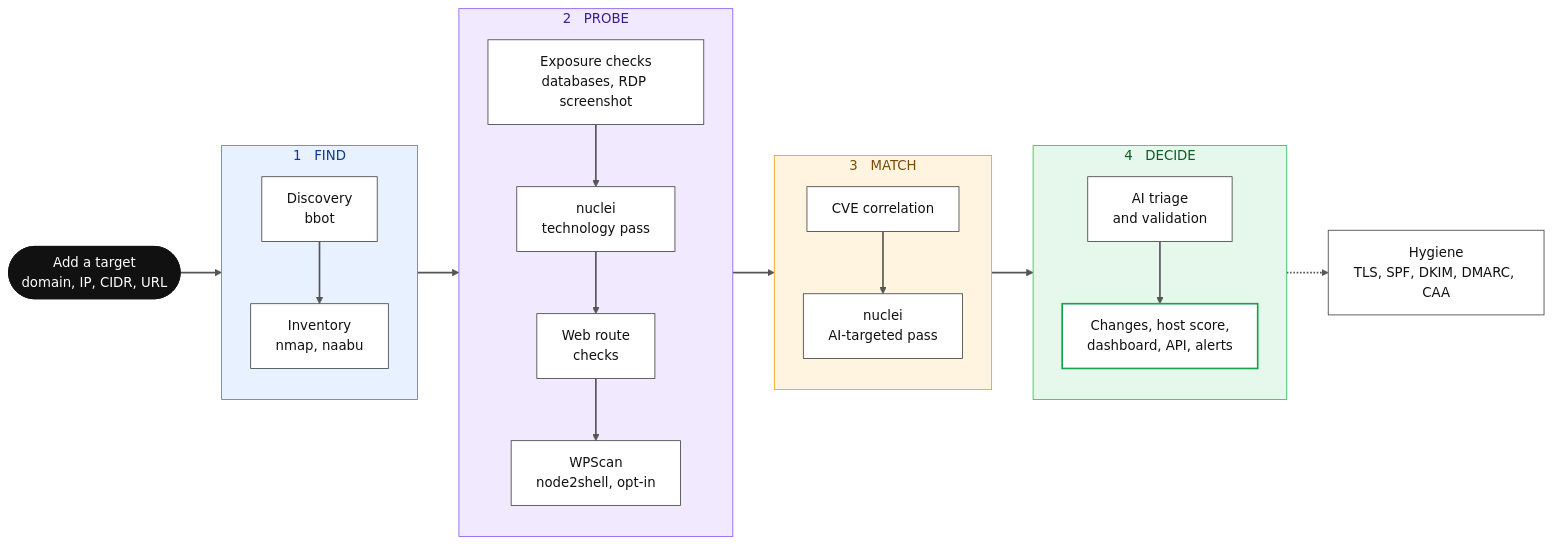
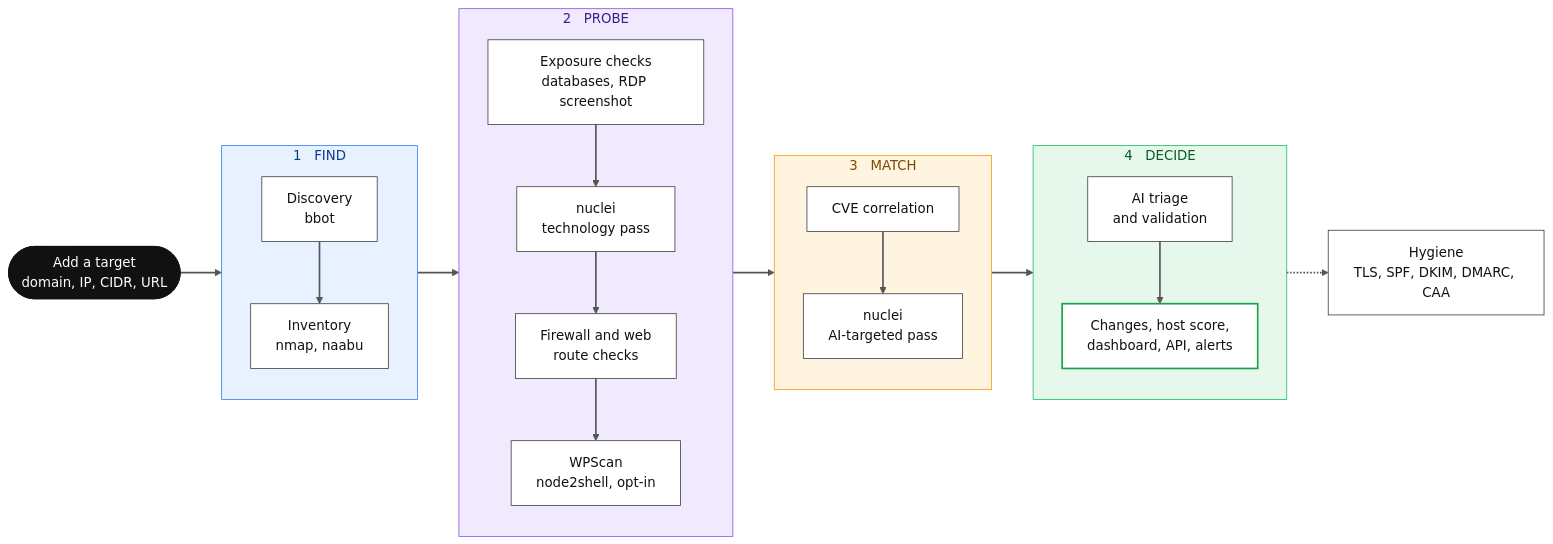
One commit to hevnsnt/CVEngine changed the first of 2 diagrams in README.md. Above: the diagram before and after it, drawn with Mermaid. The commit also changed other lines of this file and 15 other files, not shown here.

````diff
--- a/README.md
+++ b/README.md
@@ -67,43 +80,43 @@
 ```mermaid
 flowchart LR
     T(["Add a target<br/>domain, IP, CIDR, URL"])
 
     subgraph FIND["1 &nbsp; FIND"]
         direction TB
         D["Discovery<br/>bbot"] --> I["Inventory<br/>nmap, naabu"]
     end
 
     subgraph PROBE["2 &nbsp; PROBE"]
         direction TB
-        X["Exposure checks<br/>databases, RDP screenshot"] --> N1["nuclei<br/>technology pass"] --> R["Web route<br/>checks"] --> W["WPScan<br/>node2shell, opt-in"]
+        X["Exposure checks<br/>databases, RDP screenshot"] --> N1["nuclei<br/>technology pass"] --> R["Firewall and web<br/>route checks"] --> W["WPScan<br/>node2shell, opt-in"]
     end
 
     subgraph MATCH["3 &nbsp; MATCH"]
         direction TB
         C["CVE correlation"] --> N2["nuclei<br/>AI-targeted pass"]
     end
 
     subgraph DECIDE["4 &nbsp; DECIDE"]
         direction TB
         A["AI triage<br/>and validation"] --> O["Changes, host score,<br/>dashboard, API, alerts"]
     end
 
     H["Hygiene<br/>TLS, SPF, DKIM, DMARC, CAA"]
 
     T --> FIND --> PROBE --> MATCH --> DECIDE
     DECIDE -.-> H
 
     style FIND fill:#e8f1ff,stroke:#3b82f6,color:#0b3b8c
     style PROBE fill:#f1eaff,stroke:#8b5cf6,color:#3b1d8c
     style MATCH fill:#fff4e0,stroke:#f59e0b,color:#7a4a00
     style DECIDE fill:#e6f7ec,stroke:#22c55e,color:#0b5a2a
     linkStyle default stroke:#555,stroke-width:2px
 
     classDef start fill:#111,stroke:#111,color:#fff
     classDef step fill:#fff,stroke:#444,color:#111
     classDef out fill:#fff,stroke:#16a34a,stroke-width:2px,color:#111
     class T start
     class D,I,X,N1,R,W,C,N2,A step
     class O out
     class H step
 ```
````
